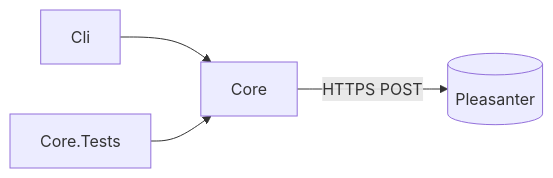
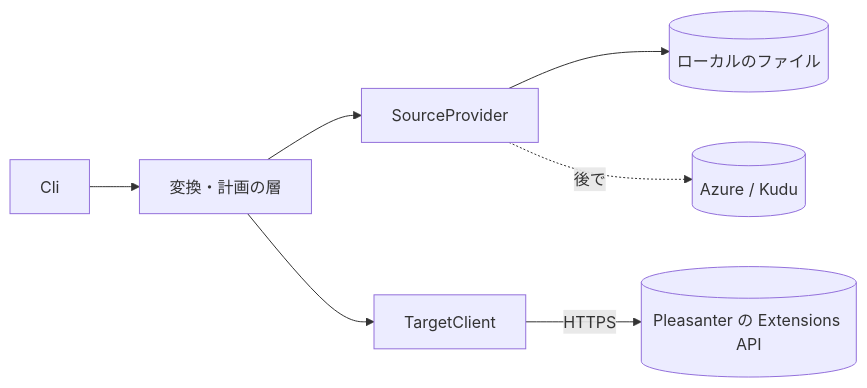
One commit to vehiclevisionjp/VehicleVision.PleasanterTools.ExtensionsMigrator changed the diagram in _documents/アーキテクチャ方針.md. Above: the diagram before and after it, drawn with Mermaid. The commit also changed other lines of this file and 51 other files, not shown here.

````diff
--- a/_documents/アーキテクチャ方針.md
+++ b/_documents/アーキテクチャ方針.md
@@ -9,6 +38,9 @@
 ```mermaid
 flowchart LR
-    Cli[Cli] --> Core[Core]
-    Tests[Core.Tests] --> Core
-    Core -->|HTTPS POST| Pleasanter[(Pleasanter)]
+    Cli[Cli] --> Engine[変換・計画の層]
+    Engine --> Source[SourceProvider]
+    Engine --> Target[TargetClient]
+    Source --> Local[(ローカルのファイル)]
+    Source -.後で.-> Kudu[(Azure / Kudu)]
+    Target -->|HTTPS| Pleasanter[(Pleasanter の Extensions API)]
 ```
````
